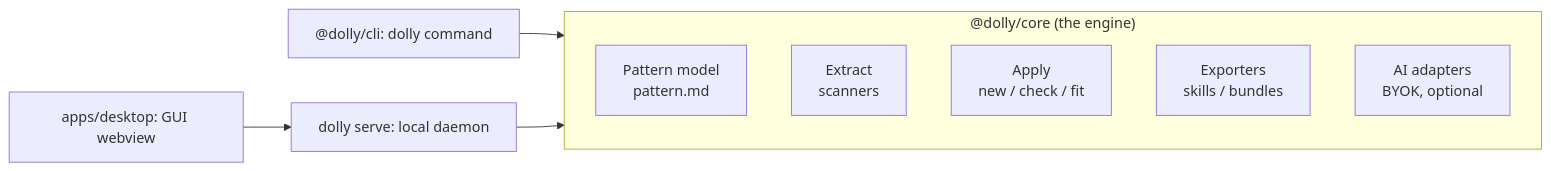
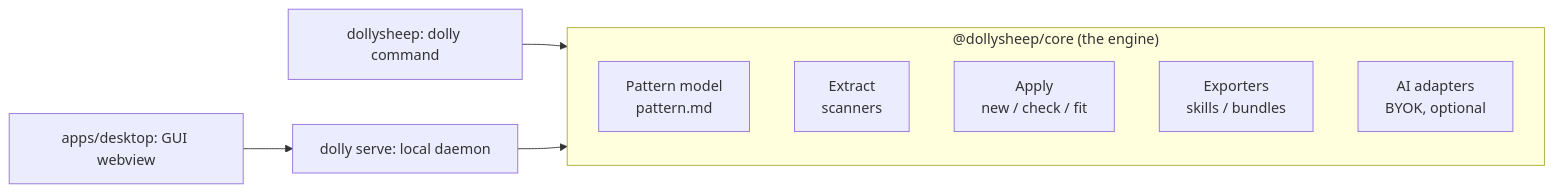
The diagram in docs/PLAN.md (gguerrei/dolly), drawn with Mermaid before and after one commit. The commit also changed other lines of this file and 28 other files, not shown here.

````diff
--- a/docs/PLAN.md
+++ b/docs/PLAN.md
@@ -25,12 +25,12 @@
 ```mermaid
 flowchart LR
-    subgraph engine ["@dolly/core (the engine)"]
+    subgraph engine ["@dollysheep/core (the engine)"]
         model[Pattern model<br/>pattern.md]
         extract[Extract<br/>scanners]
         apply[Apply<br/>new / check / fit]
         exporters[Exporters<br/>skills / bundles]
         ai[AI adapters<br/>BYOK, optional]
     end
-    cli["@dolly/cli: dolly command"] --> engine
+    cli["dollysheep: dolly command"] --> engine
     gui["apps/desktop: GUI webview"] --> serve["dolly serve: local daemon"] --> engine
 ```
````
